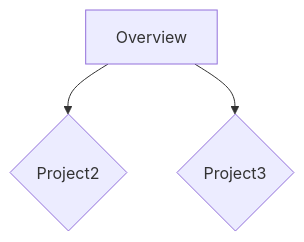
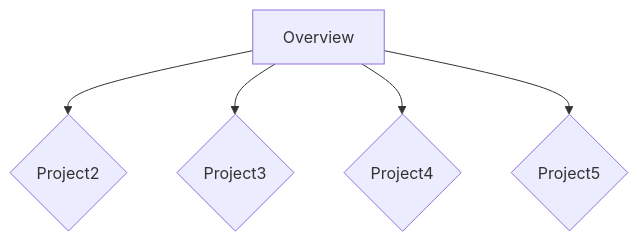
One commit to BeoVR6R/CMPG-323-Overview---27191532 changed the diagram in README.md. Above: the diagram before and after it, drawn with Mermaid.

````diff
--- a/README.md
+++ b/README.md
@@ -11,5 +11,7 @@
 ```mermaid
 flowchart TD
     A[Overview] --> B{Project2}
 	A[Overview] --> C{Project3}
+	A[Overview] --> D{Project4}
+	A[Overview] --> E{Project5}
 ```
````
